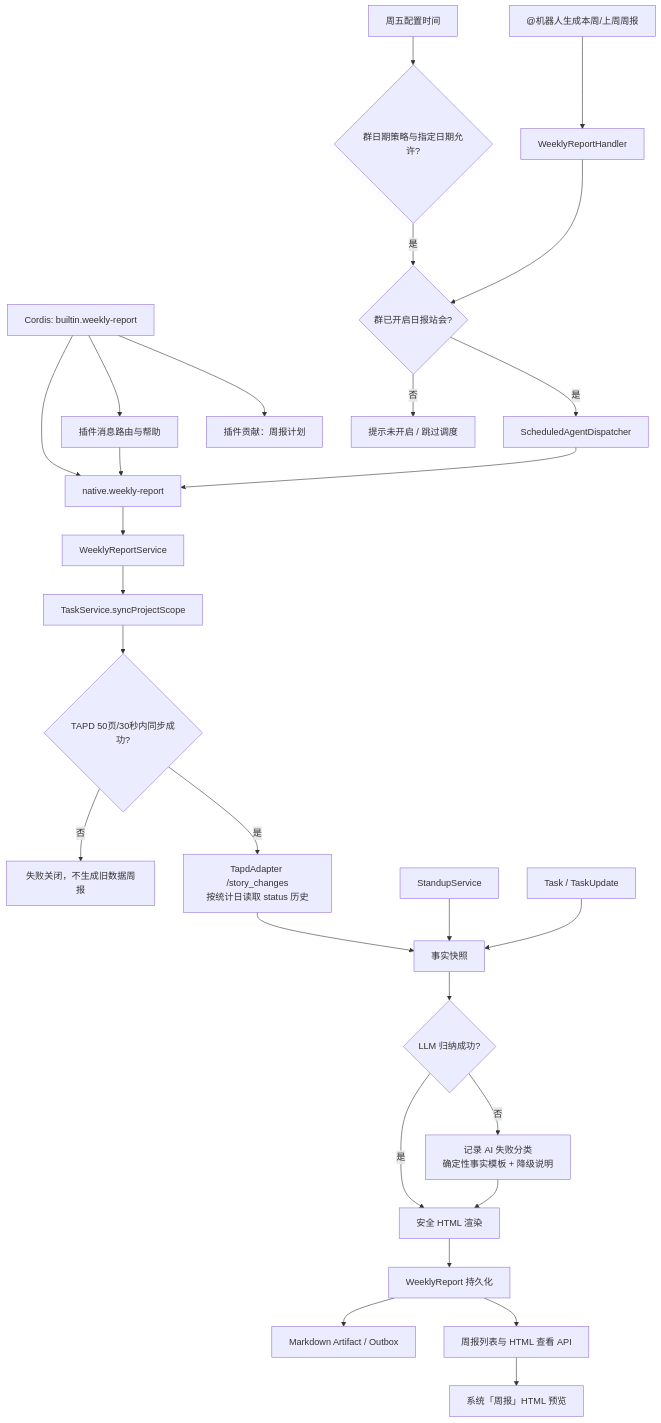
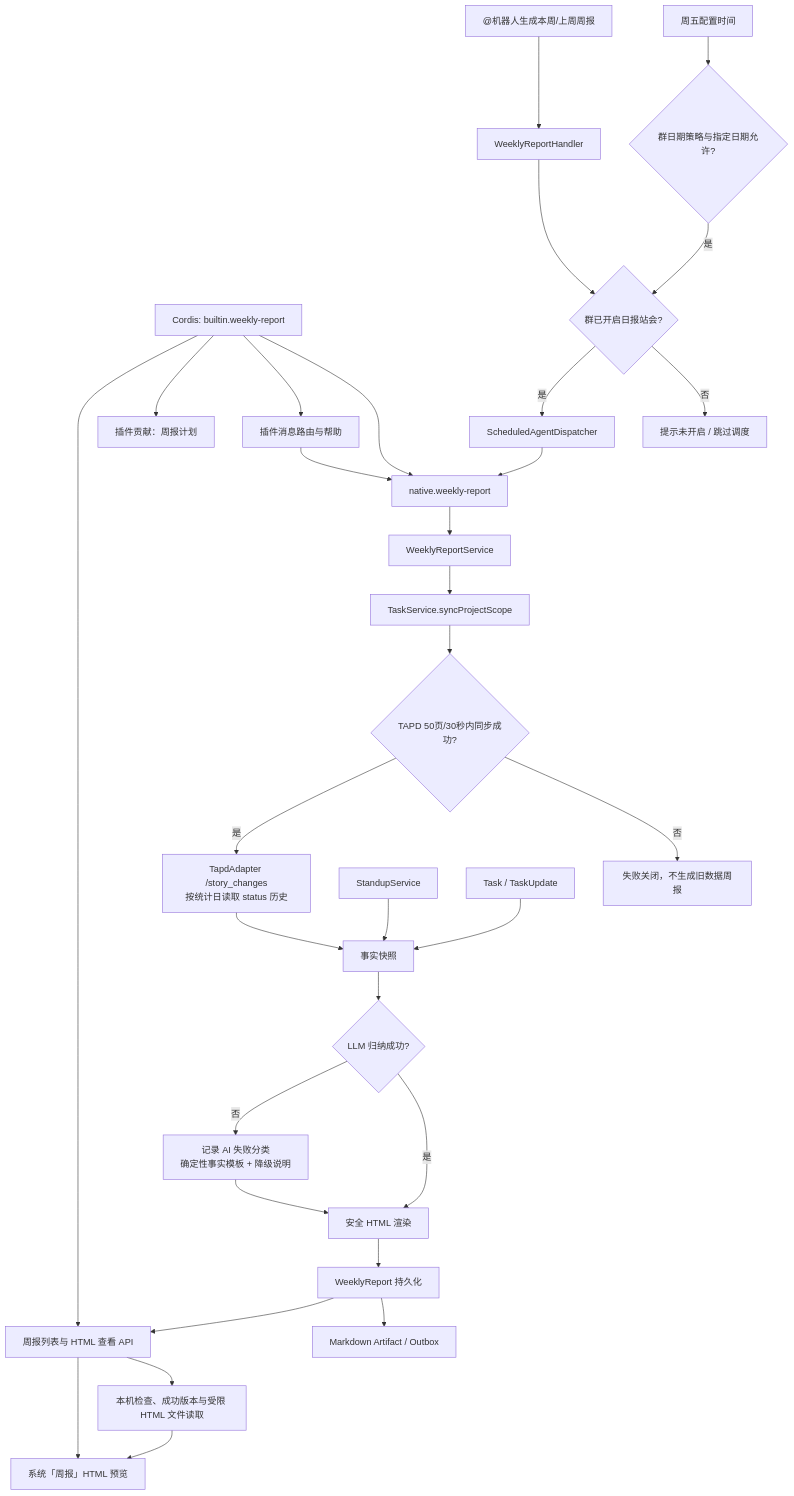
One commit to KlayPeter/AI-Delivery-Ops-Agent changed the diagram in backend/src/domains/weeklyReport/FEATURE.md. Above: the diagram before and after it, drawn with Mermaid. The commit also changed other lines of this file and 32 other files, not shown here.

````diff
--- a/backend/src/domains/weeklyReport/FEATURE.md
+++ b/backend/src/domains/weeklyReport/FEATURE.md
@@ -20,30 +20,33 @@
 ```mermaid
 flowchart TD
     PL["Cordis: builtin.weekly-report"] --> A
     PL --> MR["插件消息路由与帮助"]
     PL --> GS["插件贡献：周报计划"]
+    PL --> API
+    API --> SAFE[本机检查、成功版本与受限 HTML 文件读取]
+    SAFE --> UI
     MR --> A
     U["@机器人生成本周/上周周报"] --> H["WeeklyReportHandler"]
     S["周五配置时间"] --> HC{"群日期策略与指定日期允许?"}
     HC -- "是" --> G{"群已开启日报站会?"}
     H --> G
     G -- 否 --> X0["提示未开启 / 跳过调度"]
     G -- 是 --> D["ScheduledAgentDispatcher"]
     D --> A["native.weekly-report"]
     A --> W["WeeklyReportService"]
     W --> T["TaskService.syncProjectScope"]
     T --> P{"TAPD 50页/30秒内同步成功?"}
     P -- 否 --> X["失败关闭，不生成旧数据周报"]
     P -- 是 --> TH["TapdAdapter /story_changes\n按统计日读取 status 历史"]
     TH --> F["事实快照"]
     ST["StandupService"] --> F
     TU["Task / TaskUpdate"] --> F
     F --> N{"LLM 归纳成功?"}
     N -- 是 --> R["安全 HTML 渲染"]
     N -- 否 --> NF["记录 AI 失败分类<br/>确定性事实模板 + 降级说明"]
     NF --> R
     R --> DB["WeeklyReport 持久化"]
     DB --> O["Markdown Artifact / Outbox"]
     DB --> API["周报列表与 HTML 查看 API"]
     API --> UI["系统「周报」HTML 预览"]
 ```
````
